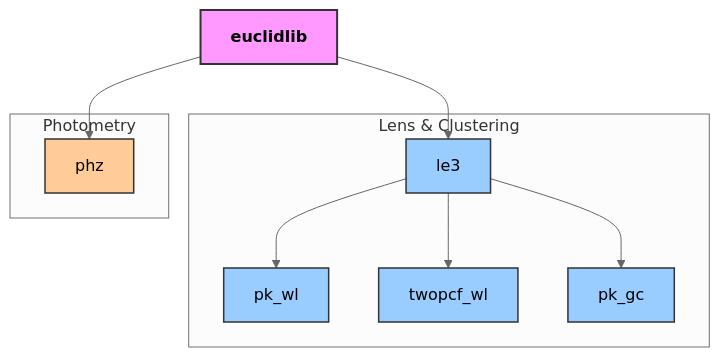
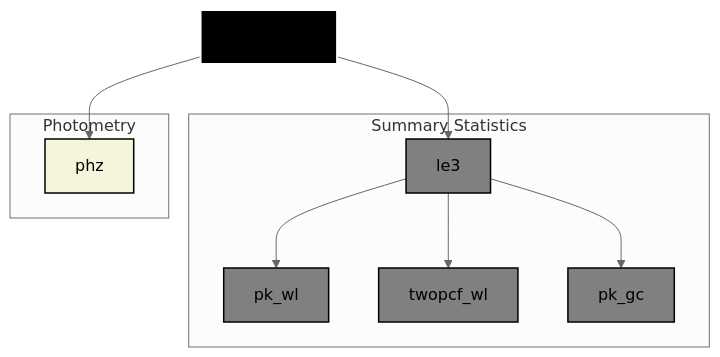
Before and after one commit to euclidlib/euclidlib: the diagram in README.md, drawn with Mermaid (neutral theme).

Commit message:
change graph colour palette

````diff
--- a/README.md
+++ b/README.md
@@ -44,31 +44,31 @@
 ```mermaid
 graph TD
-    %% Colors
-    classDef core fill:#f9f,stroke:#333,stroke-width:2px;
-    classDef module fill:#9cf,stroke:#333,stroke-width:1.5px;
-    classDef data fill:#fc9,stroke:#333,stroke-width:1.5px;
+    %% Colors inspired by Euclid logo
+    classDef core fill:#000000,stroke:#ffffff,stroke-width:2px,color:#f5f5dc;  %% black with beige text
+    classDef module fill:#808080,stroke:#000000,stroke-width:1.5px,color:#ffffff;  %% grey with white text
+    classDef data fill:#f5f5dc,stroke:#000000,stroke-width:1.5px,color:#000000;  %% beige with black text
 
     %% Core library
     EUCLIDLIB[<b>euclidlib</b>]:::core
 
-    %% Modules
-    subgraph Lens & Clustering
+    %% Summary statistics modules
+    subgraph "Summary Statistics"
         LE3[le3]:::module
         PKWL[pk_wl]:::module
         TWOPCF[twopcf_wl]:::module
         PKGC[pk_gc]:::module
     end
 
+    %% Photometry
     subgraph Photometry
         PHZ[phz]:::data
     end
 
     %% Connections
     EUCLIDLIB --> LE3
     EUCLIDLIB --> PHZ
 
     LE3 --> PKWL
     LE3 --> TWOPCF
     LE3 --> PKGC
-
 ```
````
